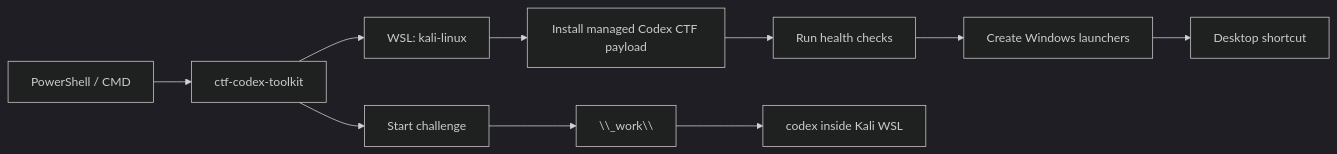
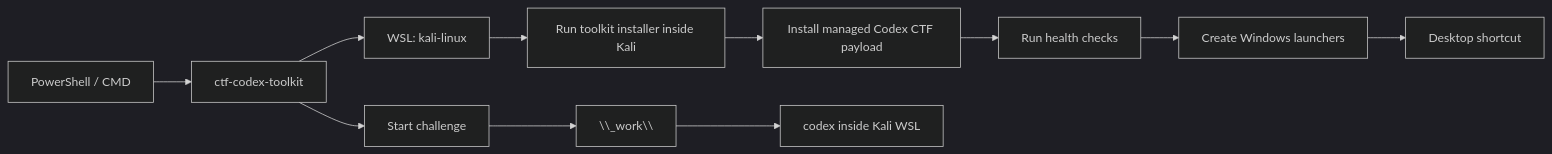
The diagram in README.md (nimosocute/ctf-codex-toolkit), drawn with Mermaid (dark theme) before and after one commit. The commit also changed other lines of this file, not shown here.

Commit message:
Clarify Kali WSL prerequisite

````diff
--- a/README.md
+++ b/README.md
@@ -139,12 +142,13 @@
 ```mermaid
 flowchart LR
     A["PowerShell / CMD"] --> B["ctf-codex-toolkit"]
     B --> C["WSL: kali-linux"]
-    C --> D["Install managed Codex CTF payload"]
-    D --> E["Run health checks"]
+    C --> D["Run toolkit installer inside Kali"]
+    D --> K["Install managed Codex CTF payload"]
+    K --> E["Run health checks"]
     E --> F["Create Windows launchers"]
     F --> G["Desktop shortcut"]
     B --> H["Start challenge"]
     H --> I["<ctf-root>\\_work\\<challenge>"]
     I --> J["codex inside Kali WSL"]
 ```
````
